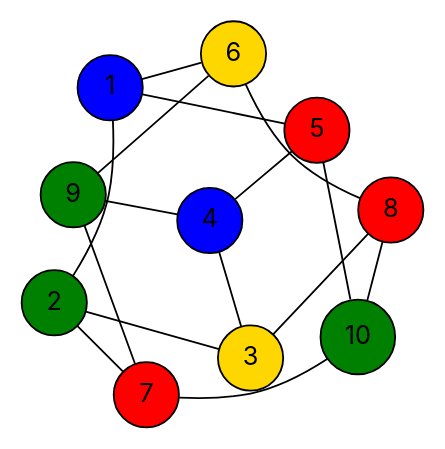
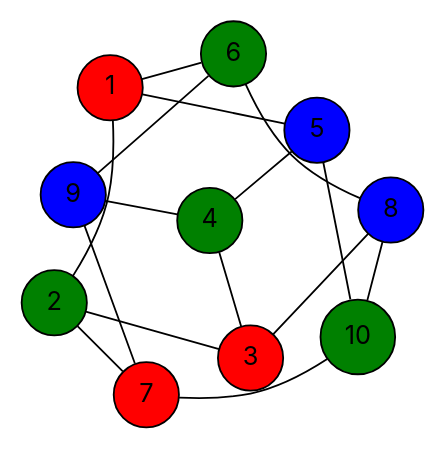
One commit to vercah/vertex-coloring changed the diagram in data/final-dots/easy-05-sequential.dot. Above: the diagram before and after it, drawn with Graphviz. The commit also changed 109 other files, not shown here.

```diff
--- a/data/final-dots/easy-05-sequential.dot
+++ b/data/final-dots/easy-05-sequential.dot
@@ -1,31 +1,31 @@
 graph G {
   layout=neato;
   overlap=false;
   splines=true;
   node [shape=circle, style=filled, fontname=Inter];
-  1 [label="1", fillcolor="blue", tooltip="v1 color 2"];
+  1 [label="1", fillcolor="red", tooltip="v1 color 0"];
   2 [label="2", fillcolor="green", tooltip="v2 color 1"];
-  3 [label="3", fillcolor="gold", tooltip="v3 color 3"];
-  4 [label="4", fillcolor="blue", tooltip="v4 color 2"];
-  5 [label="5", fillcolor="red", tooltip="v5 color 0"];
-  6 [label="6", fillcolor="gold", tooltip="v6 color 3"];
+  3 [label="3", fillcolor="red", tooltip="v3 color 0"];
+  4 [label="4", fillcolor="green", tooltip="v4 color 1"];
+  5 [label="5", fillcolor="blue", tooltip="v5 color 2"];
+  6 [label="6", fillcolor="green", tooltip="v6 color 1"];
   7 [label="7", fillcolor="red", tooltip="v7 color 0"];
-  8 [label="8", fillcolor="red", tooltip="v8 color 0"];
-  9 [label="9", fillcolor="green", tooltip="v9 color 1"];
+  8 [label="8", fillcolor="blue", tooltip="v8 color 2"];
+  9 [label="9", fillcolor="blue", tooltip="v9 color 2"];
   10 [label="10", fillcolor="green", tooltip="v10 color 1"];
   1 -- 2;
   1 -- 5;
   1 -- 6;
   2 -- 3;
   2 -- 7;
   3 -- 4;
   3 -- 8;
   4 -- 5;
   4 -- 9;
   5 -- 10;
   6 -- 8;
   6 -- 9;
   7 -- 9;
   7 -- 10;
   8 -- 10;
 }
```
